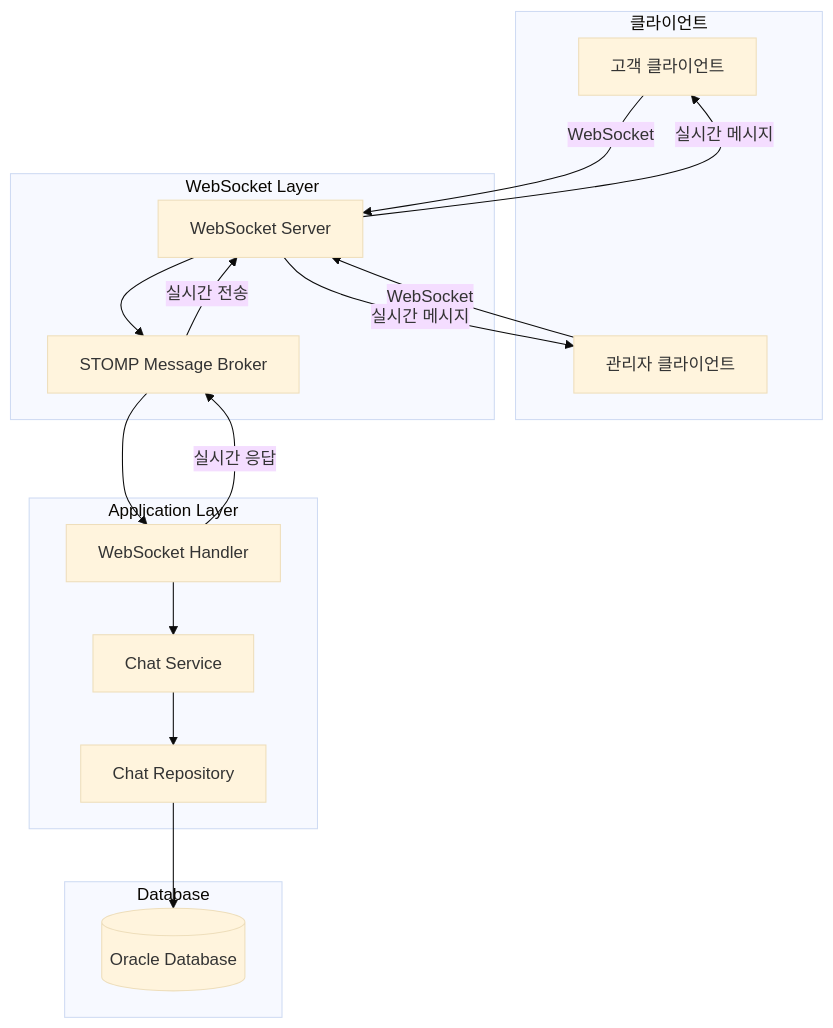
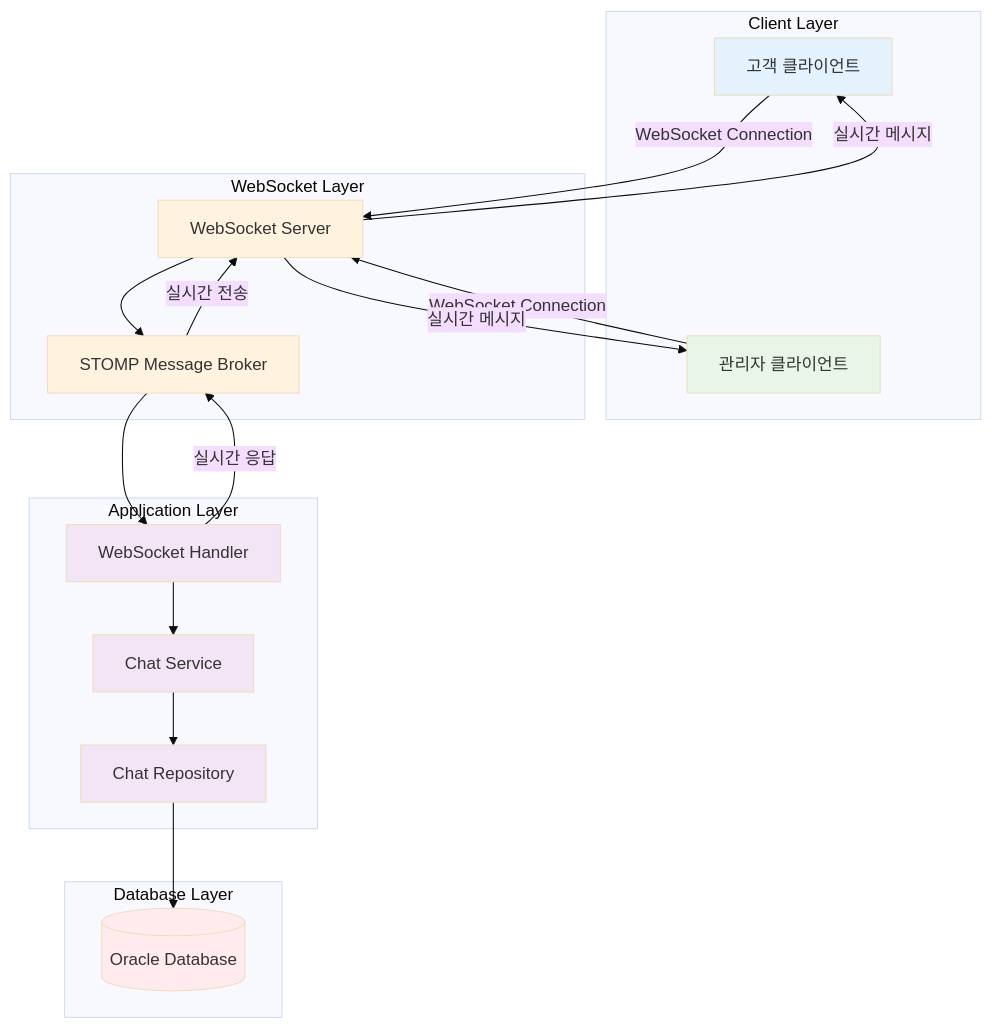
The fifth of 11 diagrams in docs/1-1-chat-system-documentation.md (sang105kr/kdt_demo5), drawn with Mermaid (base theme) before and after one commit. The commit also changed other lines of this file, not shown here.

````diff
--- a/docs/1-1-chat-system-documentation.md
+++ b/docs/1-1-chat-system-documentation.md
@@ -205,35 +205,44 @@
 ```mermaid
 graph TB
-    subgraph "클라이언트"
+    subgraph "Client Layer"
         CC[고객 클라이언트]
         AC[관리자 클라이언트]
     end
     
     subgraph "WebSocket Layer"
         WS[WebSocket Server]
         STOMP[STOMP Message Broker]
     end
     
     subgraph "Application Layer"
         WH[WebSocket Handler]
         CS[Chat Service]
         CR[Chat Repository]
     end
     
-    subgraph "Database"
+    subgraph "Database Layer"
         DB[(Oracle Database)]
     end
     
-    CC -->|WebSocket| WS
-    AC -->|WebSocket| WS
+    CC -->|WebSocket Connection| WS
+    AC -->|WebSocket Connection| WS
     WS --> STOMP
     STOMP --> WH
     WH --> CS
     CS --> CR
     CR --> DB
     
     WH -->|실시간 응답| STOMP
     STOMP -->|실시간 전송| WS
     WS -->|실시간 메시지| CC
     WS -->|실시간 메시지| AC
+    
+    style CC fill:#e3f2fd
+    style AC fill:#e8f5e8
+    style WS fill:#fff3e0
+    style STOMP fill:#fff3e0
+    style WH fill:#f3e5f5
+    style CS fill:#f3e5f5
+    style CR fill:#f3e5f5
+    style DB fill:#ffebee
 ```
````
